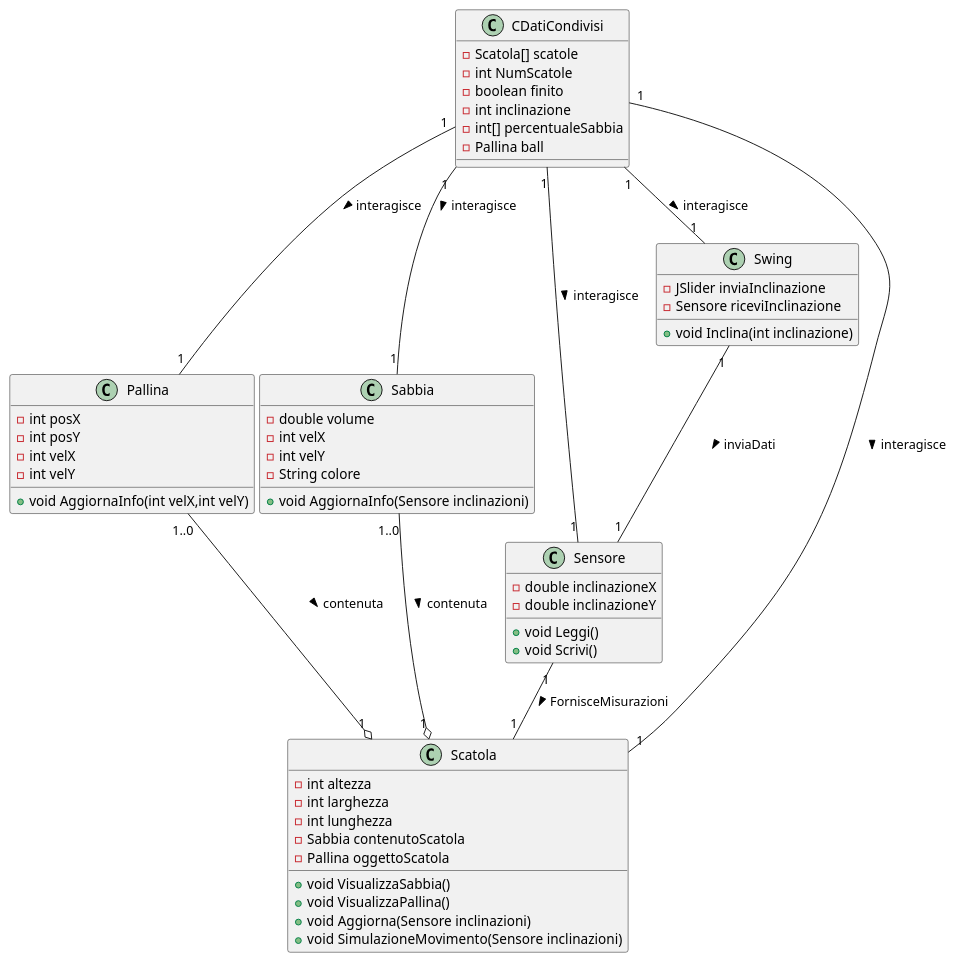
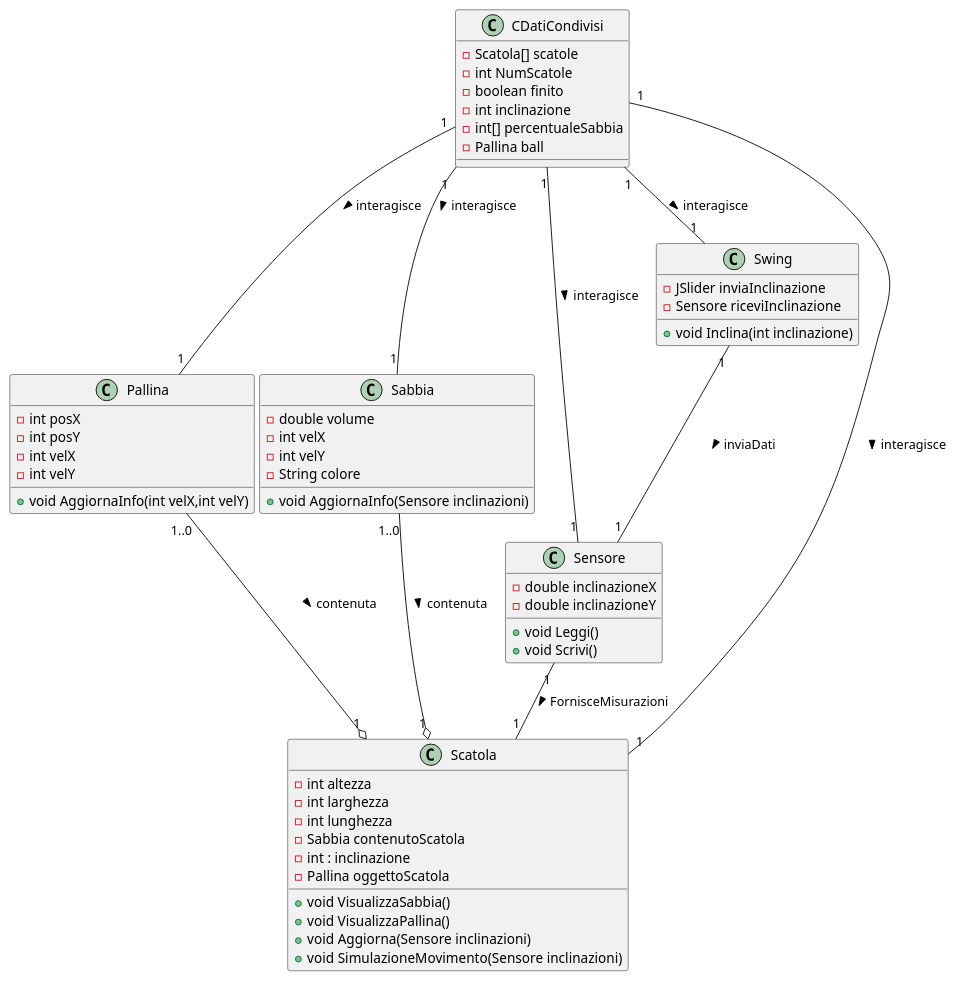
Before and after one commit to Ale-Dili/Esercizio-di-Tecno-sabbia: the diagram in DiagrammaDelleClassi.puml, drawn with PlantUML.

```diff
--- a/DiagrammaDelleClassi.puml
+++ b/DiagrammaDelleClassi.puml
@@ -1,102 +1,104 @@
 @startuml
 
 
 class Pallina {
 
 '@brief: indica la posizione sull'asse delle ascisse della pallina'
 - int posX
 '@brief: indica la posizione sull'asse delle ordinate della pallina'
 - int posY
 '@brief: indica la velocità sull'asse delle ascisse della pallina'
 - int velX
 '@brief: indica la velocità sull'asse delle ordinate della pallina'
 - int velY
 '@brief: Metodo che aggiorna la posizione e la velocità della pallina'
 + void AggiornaInfo(int velX,int velY)
 }
 
 
 
 class Sabbia {
 '@brief: identifica la quantità di sabbia contenuta in una scatola'
 - double volume
 '@brief: indica la velocità sull'asse delle ascisse della sabbia'
 - int velX
 '@brief: indica la velocità sull'asse delle ordinate della sabbia'
 - int velY
 '@brief: definisce il colore della sabbia'
 - String colore
 '@brief: Metodo che aggiorna gli attributi della sabbia'
 + void AggiornaInfo(Sensore inclinazioni)
 }
 
 class Sensore {
 '@brief: Definisce l'inclinazione del sistema sull'asse delle ascisse'
 - double inclinazioneX
 '@brief: Definisce l'inclinazione del sistema sull'asse delle ordinate'
 - double inclinazioneY
 '@brief: Legge i valori di inclinazione'
 + void Leggi()
 '@brief: Scrive i valori di inclinazione'
 + void Scrivi()
 }
 
 
 
 class Scatola {
 '@brief: Definisce l'altezza della scatola'
 - int altezza
 '@brief: Definisce la larghezza della scatola'
 - int larghezza
 '@brief: Definisce la lunghezza della sctola'
 - int lunghezza
 '@brief: Definisce il materiale contenuto della scatola(sabbia)'
 - Sabbia contenutoScatola
+'@brief: indica l'inclinazione della scatola nell'asse delle ordinate'
+- int : inclinazione
 '@brief: Definisce l'oggetto contenuto nella scatola(pallina)'
 - Pallina oggettoScatola
 '@brief: Metodo usato per visualizzare la sabbia su schermo'
 + void VisualizzaSabbia()
 '@brief: Metodo usato per visualizzare la pallina su schermo'
 + void VisualizzaPallina()
 '@brief: Metodo usato per aggiornare i valori degli attributi della scatola'
 + void Aggiorna(Sensore inclinazioni)
 '@brief: Metodo usato per simulare il movimento della sabbia e della pallina'
 + void SimulazioneMovimento(Sensore inclinazioni)
 }
 
 class Swing {
 '@brief: Attributo usato per l'inserimento dell'inclinazioen da parte dell'utente'
 -JSlider inviaInclinazione
 '@brief: Attributo che riceverà la nuova inclinazione inserita dall'utente'
 -Sensore riceviInclinazione
 '@brief: Metodo usato per far ricevere al sensore l'inclinazione'
 +void Inclina(int inclinazione)
 }
 
 class CDatiCondivisi {
 '@brief: Insieme di scatole'
 -Scatola[] scatole
 '@brief: Numero delle scatole'
 -int NumScatole
 '@brief: Indica se il "gioco" è terminato'
 -boolean finito
 '@brief: inclinazione della sabbia e della pallina'
 -int inclinazione
 '@brief: percentuale di sabbia contenuta nella scatola'
 -int[] percentualeSabbia
 '@brief: Pallina'
 -Pallina ball
 }
 
 
 Sensore "1" -- "1" Scatola : FornisceMisurazioni > 
 Sabbia "1..0" --o "1" Scatola : contenuta > 
 Pallina "1..0" --o "1" Scatola : contenuta >
 Swing "1" -- "1" Sensore : inviaDati >
 CDatiCondivisi "1" -- "1" Pallina : interagisce > 
 CDatiCondivisi "1" -- "1" Sabbia : interagisce > 
 CDatiCondivisi "1" -- "1" Scatola : interagisce >
 CDatiCondivisi "1" -- "1" Sensore : interagisce > 
 CDatiCondivisi "1" -- "1" Swing : interagisce > 
 
 @enduml
```
